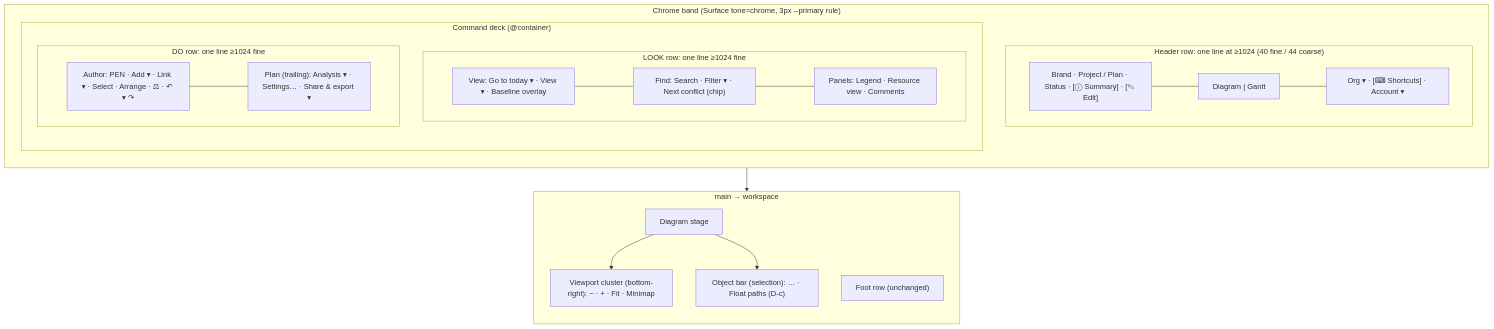
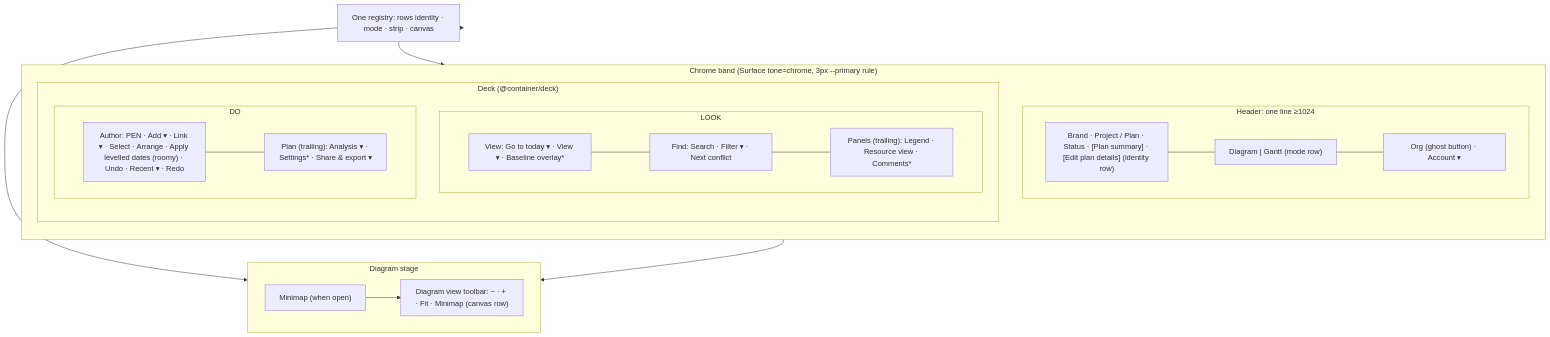
Before and after one commit to HuttonHomeHub/SchedulePoint_1: the diagram in docs/specs/toolbar-redesign/feature-spec.md, drawn with Mermaid. The commit also changed other lines of this file, not shown here.

First line of the commit message:
docs(docs): amend the toolbar-redesign spec after review (in progress)

````diff
--- a/docs/specs/toolbar-redesign/feature-spec.md
+++ b/docs/specs/toolbar-redesign/feature-spec.md
@@ -428,28 +415,28 @@
 ```mermaid
 flowchart TB
   subgraph Band["Chrome band (Surface tone=chrome, 3px --primary rule)"]
     direction TB
-    subgraph Header["Header row: one line at ≥1024 (40 fine / 44 coarse)"]
+    subgraph Header["Header: one line ≥1024"]
       direction LR
-      H1["Brand · Project / Plan · Status · [ⓘ Summary] · [✎ Edit]"] --- H2["Diagram | Gantt"] --- H3["Org ▾ · [⌨ Shortcuts] · Account ▾"]
+      I["Brand · Project / Plan · Status · [Plan summary] · [Edit plan details] (identity row)"] --- M["Diagram | Gantt (mode row)"] --- O["Org (ghost button) · Account ▾"]
     end
-    subgraph Deck["Command deck (@container)"]
+    subgraph Deck["Deck (@container/deck)"]
       direction TB
-      subgraph LOOK["LOOK row: one line ≥1024 fine"]
+      subgraph LOOK["LOOK"]
         direction LR
-        L1["View: Go to today ▾ · View ▾ · Baseline overlay"] --- L2["Find: Search · Filter ▾ · Next conflict (chip)"] --- L3["Panels: Legend · Resource view · Comments"]
+        V["View: Go to today ▾ · View ▾ · Baseline overlay*"] --- F["Find: Search · Filter ▾ · Next conflict"] --- P["Panels (trailing): Legend · Resource view · Comments*"]
       end
-      subgraph DO["DO row: one line ≥1024 fine"]
+      subgraph DO["DO"]
         direction LR
-        A1["Author: PEN · Add ▾ · Link ▾ · Select · Arrange · ⚖ · ↶ ▾ ↷"] --- P1["Plan (trailing): Analysis ▾ · Settings… · Share & export ▾"]
+        A["Author: PEN · Add ▾ · Link ▾ · Select · Arrange · Apply levelled dates (roomy) · Undo · Recent ▾ · Redo"] --- PL["Plan (trailing): Analysis ▾ · Settings* · Share & export ▾"]
       end
     end
   end
-  subgraph Main["main → workspace"]
-    direction TB
-    Stage["Diagram stage"] --> Cluster["Viewport cluster (bottom-right): − · + · Fit · Minimap"]
-    Stage --> ObjBar["Object bar (selection): … · Float paths (D-c)"]
-    Foot["Foot row (unchanged)"]
+  subgraph Stage["Diagram stage"]
+    MM["Minimap (when open)"] --> CL["Diagram view toolbar: − · + · Fit · Minimap (canvas row)"]
   end
-  Band --> Main
+  Band --> Stage
+  R["One registry: rows identity · mode · strip · canvas"] --> Header
+  R --> Deck
+  R --> Stage
 ```
````
